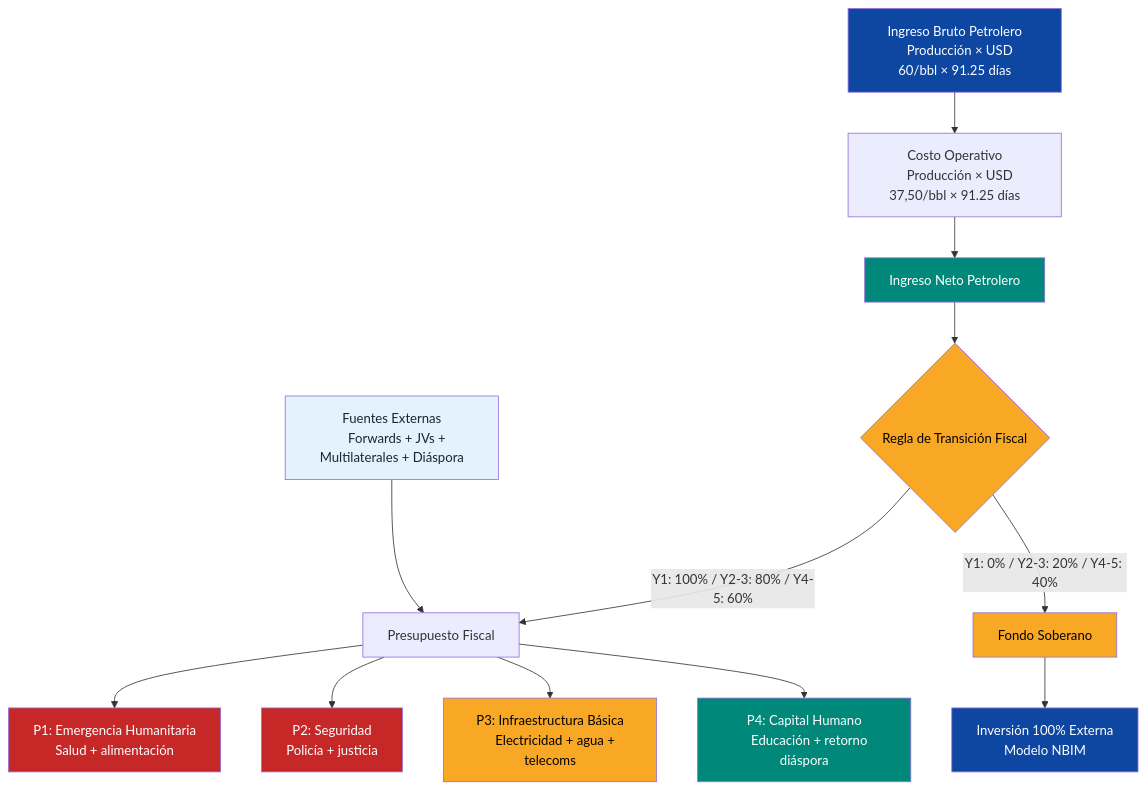
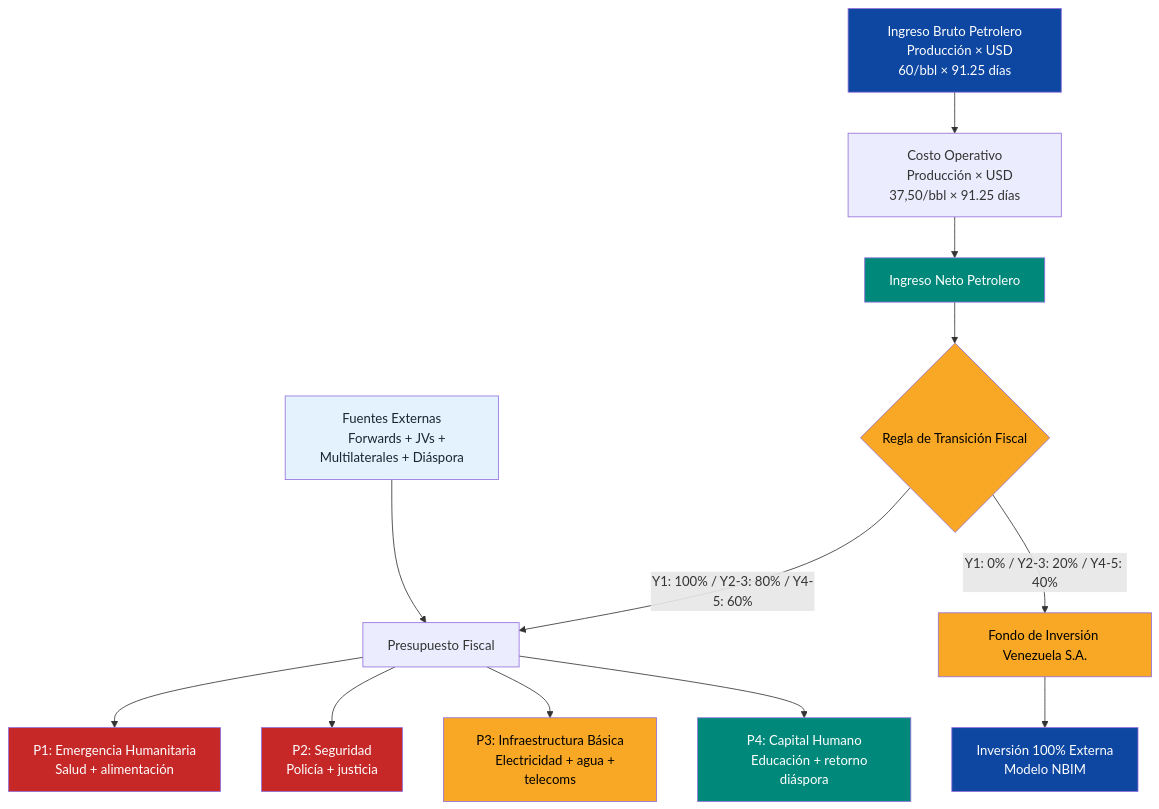
One commit to Venezuela-S-A/venezuela-sa changed the second of 2 diagrams in docs/02-motor-financiero/cashflow-20-trimestres.md. Above: the diagram before and after it, drawn with Mermaid. The commit also changed other lines of this file and 33 other files, not shown here.

First line of the commit message:
refactor: rename 'fondo soberano' to 'Fondo de Inversión Venezuela S.A.'

````diff
--- a/docs/02-motor-financiero/cashflow-20-trimestres.md
+++ b/docs/02-motor-financiero/cashflow-20-trimestres.md
@@ -136,33 +136,33 @@
 ```mermaid
 flowchart TD
     A["Ingreso Bruto Petrolero
     Producción × USD 60/bbl × 91.25 días"] --> B["Costo Operativo
     Producción × USD 37,50/bbl × 91.25 días"]
     B --> C["Ingreso Neto Petrolero"]
     C --> D{"Regla de Transición Fiscal"}
     D -->|"Y1: 100% / Y2-3: 80% / Y4-5: 60%"| E["Presupuesto Fiscal"]
-    D -->|"Y1: 0% / Y2-3: 20% / Y4-5: 40%"| F["Fondo Soberano"]
+    D -->|"Y1: 0% / Y2-3: 20% / Y4-5: 40%"| F["Fondo de Inversión Venezuela S.A."]
     G["Fuentes Externas
     Forwards + JVs + Multilaterales + Diáspora"] --> E
     E --> H["P1: Emergencia Humanitaria
     Salud + alimentación"]
     E --> I["P2: Seguridad
     Policía + justicia"]
     E --> J["P3: Infraestructura Básica
     Electricidad + agua + telecoms"]
     E --> K["P4: Capital Humano
     Educación + retorno diáspora"]
     F --> L["Inversión 100% Externa
     Modelo NBIM"]
 
     style A fill:#0D47A1,color:#fff
     style C fill:#00897B,color:#fff
     style D fill:#F9A825,color:#000
     style F fill:#F9A825,color:#000
     style G fill:#E3F2FD,color:#1B2631
     style H fill:#C62828,color:#fff
     style I fill:#C62828,color:#fff
     style J fill:#F9A825,color:#000
     style K fill:#00897B,color:#fff
     style L fill:#0D47A1,color:#fff
 ```
````
